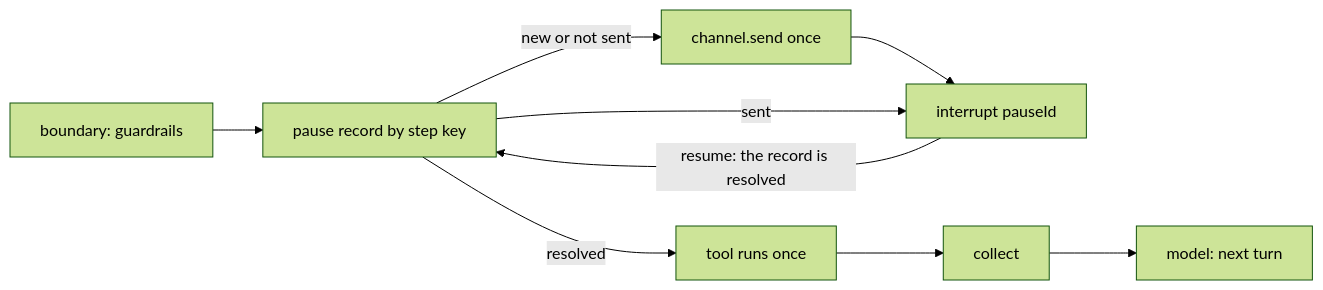
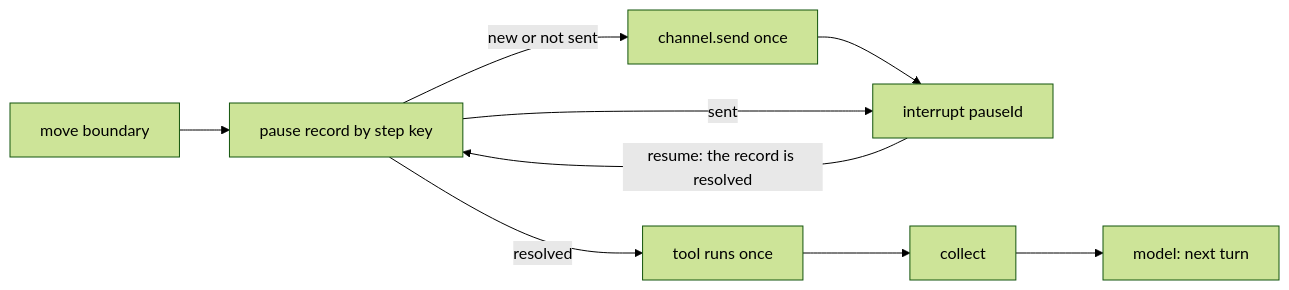
The diagram in Pause-seam.md (agbossjs/agboss), drawn with Mermaid (forest theme) before and after one commit. The commit also changed other lines of this file and 14 other files, not shown here.

Commit message:
docs(#120): guardrails — Guards (@InputGuardrail / @OutputGuardrail, refusals, levels, where they run, testing), Environments ([application.pii-instance-key]), Configuration, Testing, Agents, Architecture, Observability, Changelog — PR 2

````diff
--- a/Pause-seam.md
+++ b/Pause-seam.md
@@ -98,9 +98,9 @@
 ```mermaid
 flowchart LR
-  B[boundary: guardrails] --> R[pause record by step key]
+  B[move boundary] --> R[pause record by step key]
   R -- new or not sent --> S[channel.send once] --> I[interrupt pauseId]
   R -- sent --> I
   R -- resolved --> T[tool runs once]
   I -- resume: the record is resolved --> R
   T --> C[collect] --> M[model: next turn]
 ```
````
